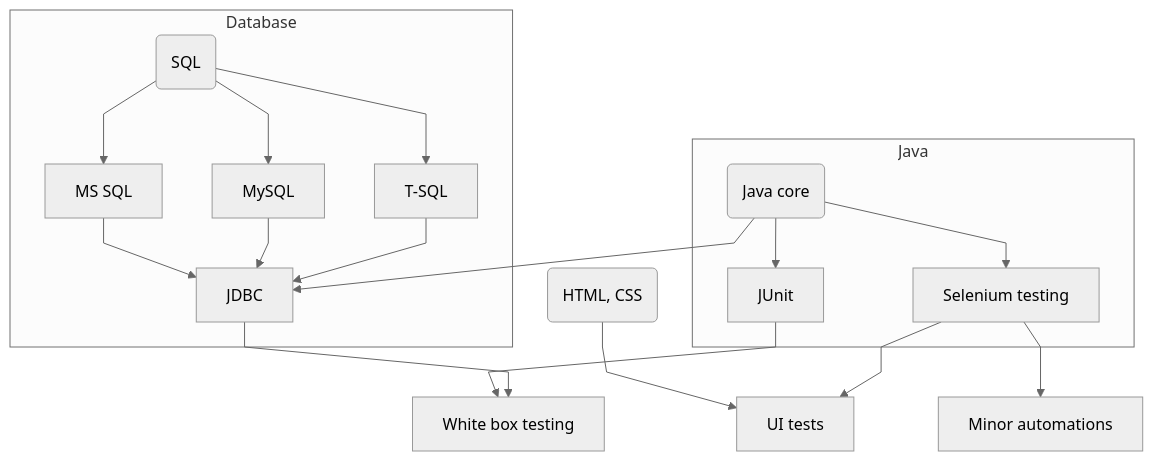
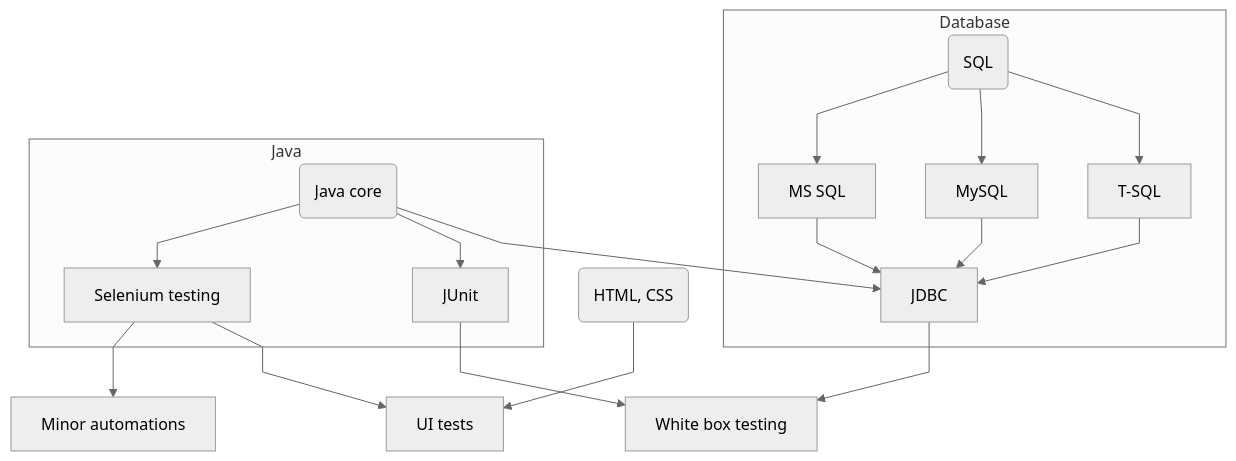
One commit to Eekain/Eekain changed the diagram in README.md. Above: the diagram before and after it, drawn with Mermaid (neutral theme).

Commit message:
Mermaid subgraphs
Combed over, added subgraphs

````diff
--- a/README.md
+++ b/README.md
@@ -19,17 +19,17 @@
 ```mermaid
   %%{init: { "flowchart": { "htmlLabels": true, "curve": "linear" } } }%%
   graph TD;
       D(HTML, CSS) --> E[UI tests];
+      B --> F[Minor automations];
+      subgraph Database
+        C(SQL) --> H[MS SQL] & I[MySQL] & J[T-SQL];
+        H --> G[JDBC];
+      end
       subgraph Java
         A(Java core) --> B[Selenium testing];
         A --> L[JUnit];
       end
-      L--> K[White box testing];
-      B --> E & F[Minor automations];
-      subgraph Database
-        C(SQL) --> H[MS SQL] & I[MySQL] & J[T-SQL];
-        H --> G[JDBC];
-      end
-      
-      A & I & J--> G --> K;
+      L & G--> K[White box testing];
+      B --> E;
+      A & I & J--> G;
 ```
````
